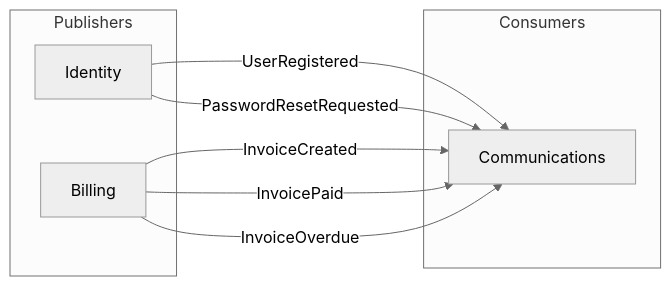
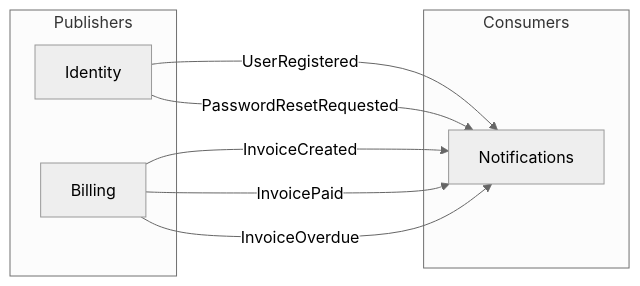
One commit to bc-solutions-coder/Wallow changed the second of 6 diagrams in docs/architecture/ARCHITECTURE-DIAGRAMS.md. Above: the diagram before and after it, drawn with Mermaid (neutral theme). The commit also changed other lines of this file and 8 other files, not shown here.

First line of the commit message:
docs: update module references across core and architecture docs

````diff
--- a/docs/architecture/ARCHITECTURE-DIAGRAMS.md
+++ b/docs/architecture/ARCHITECTURE-DIAGRAMS.md
@@ -63,17 +69,17 @@
 ```mermaid
 graph LR
     subgraph Publishers
         Identity[Identity]
         Billing[Billing]
     end
 
     subgraph Consumers
-        Communications[Communications]
+        Notifications[Notifications]
     end
 
-    Identity -->|UserRegistered| Communications
-    Identity -->|PasswordResetRequested| Communications
-    Billing -->|InvoiceCreated| Communications
-    Billing -->|InvoicePaid| Communications
-    Billing -->|InvoiceOverdue| Communications
+    Identity -->|UserRegistered| Notifications
+    Identity -->|PasswordResetRequested| Notifications
+    Billing -->|InvoiceCreated| Notifications
+    Billing -->|InvoicePaid| Notifications
+    Billing -->|InvoiceOverdue| Notifications
 ```
````
